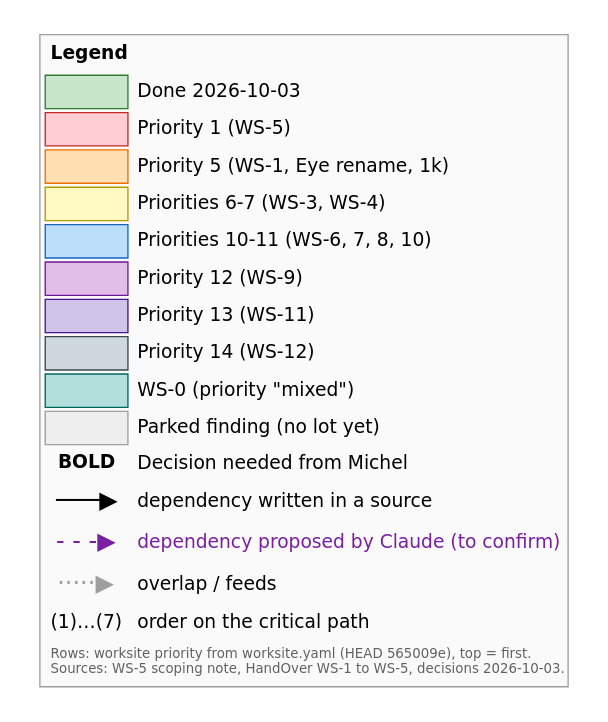
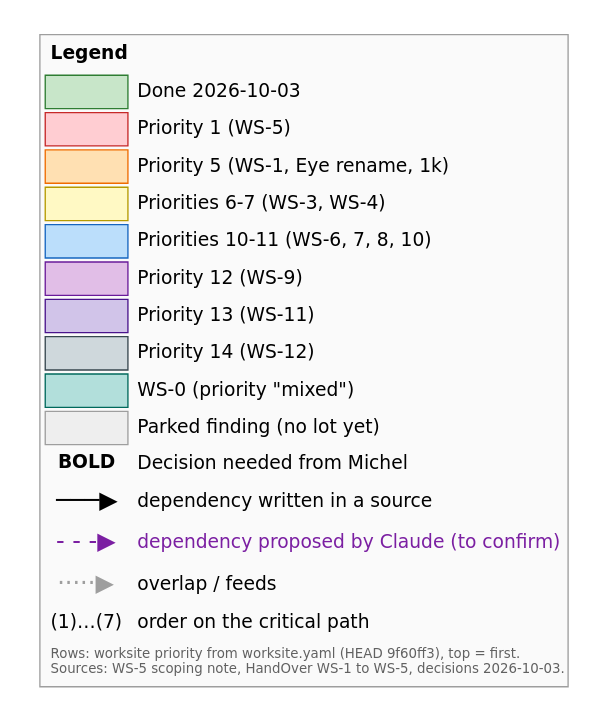
One commit to Echopraxium/tscg changed the diagram in ontology/docs/_01_Worksite/WS-5/Next_Conversation_2026-10-03/legend.dot. Above: the diagram before and after it, drawn with Graphviz. The commit also changed 81 other files, not shown here.

```diff
--- a/ontology/docs/_01_Worksite/WS-5/Next_Conversation_2026-10-03/legend.dot
+++ b/ontology/docs/_01_Worksite/WS-5/Next_Conversation_2026-10-03/legend.dot
@@ -1,24 +1,24 @@
 digraph L {
   graph [fontname="DejaVu Sans", pad=0.2, bgcolor="white"];
   node [shape=plaintext, fontname="DejaVu Sans"];
   leg [label=<
   <TABLE BORDER="1" COLOR="#9e9e9e" CELLBORDER="0" CELLSPACING="3" CELLPADDING="4" BGCOLOR="#fafafa">
     <TR><TD COLSPAN="2" ALIGN="LEFT"><B>Legend</B></TD></TR>
     <TR><TD BGCOLOR="#c8e6c9" BORDER="1" COLOR="#2e7d32" WIDTH="36"> </TD><TD ALIGN="LEFT">Done 2026-10-03</TD></TR>
     <TR><TD BGCOLOR="#ffcdd2" BORDER="1" COLOR="#c62828"> </TD><TD ALIGN="LEFT">Priority 1 (WS-5)</TD></TR>
     <TR><TD BGCOLOR="#ffe0b2" BORDER="1" COLOR="#ef6c00"> </TD><TD ALIGN="LEFT">Priority 5 (WS-1, Eye rename, 1k)</TD></TR>
     <TR><TD BGCOLOR="#fff9c4" BORDER="1" COLOR="#b59a00"> </TD><TD ALIGN="LEFT">Priorities 6-7 (WS-3, WS-4)</TD></TR>
     <TR><TD BGCOLOR="#bbdefb" BORDER="1" COLOR="#1565c0"> </TD><TD ALIGN="LEFT">Priorities 10-11 (WS-6, 7, 8, 10)</TD></TR>
     <TR><TD BGCOLOR="#e1bee7" BORDER="1" COLOR="#6a1b9a"> </TD><TD ALIGN="LEFT">Priority 12 (WS-9)</TD></TR>
     <TR><TD BGCOLOR="#d1c4e9" BORDER="1" COLOR="#4a148c"> </TD><TD ALIGN="LEFT">Priority 13 (WS-11)</TD></TR>
     <TR><TD BGCOLOR="#cfd8dc" BORDER="1" COLOR="#37474f"> </TD><TD ALIGN="LEFT">Priority 14 (WS-12)</TD></TR>
     <TR><TD BGCOLOR="#b2dfdb" BORDER="1" COLOR="#00695c"> </TD><TD ALIGN="LEFT">WS-0 (priority "mixed")</TD></TR>
     <TR><TD BGCOLOR="#eeeeee" BORDER="1" COLOR="#9e9e9e"> </TD><TD ALIGN="LEFT">Parked finding (no lot yet)</TD></TR>
     <TR><TD ALIGN="CENTER"><B>BOLD</B></TD><TD ALIGN="LEFT">Decision needed from Michel</TD></TR>
     <TR><TD ALIGN="CENTER"><FONT POINT-SIZE="18">───▶</FONT></TD><TD ALIGN="LEFT">dependency written in a source</TD></TR>
     <TR><TD ALIGN="CENTER"><FONT POINT-SIZE="18" COLOR="#7b1fa2">- - -▶</FONT></TD><TD ALIGN="LEFT"><FONT COLOR="#7b1fa2">dependency proposed by Claude (to confirm)</FONT></TD></TR>
     <TR><TD ALIGN="CENTER"><FONT POINT-SIZE="18" COLOR="#9e9e9e">·····▶</FONT></TD><TD ALIGN="LEFT">overlap / feeds</TD></TR>
     <TR><TD ALIGN="CENTER">(1)…(7)</TD><TD ALIGN="LEFT">order on the critical path</TD></TR>
-    <TR><TD COLSPAN="2" ALIGN="LEFT"><FONT POINT-SIZE="10" COLOR="#616161">Rows: worksite priority from worksite.yaml (HEAD 565009e), top = first.<BR ALIGN="LEFT"/>Sources: WS-5 scoping note, HandOver WS-1 to WS-5, decisions 2026-10-03.<BR ALIGN="LEFT"/></FONT></TD></TR>
+    <TR><TD COLSPAN="2" ALIGN="LEFT"><FONT POINT-SIZE="10" COLOR="#616161">Rows: worksite priority from worksite.yaml (HEAD 9f60ff3), top = first.<BR ALIGN="LEFT"/>Sources: WS-5 scoping note, HandOver WS-1 to WS-5, decisions 2026-10-03.<BR ALIGN="LEFT"/></FONT></TD></TR>
   </TABLE>>];
 }
```
